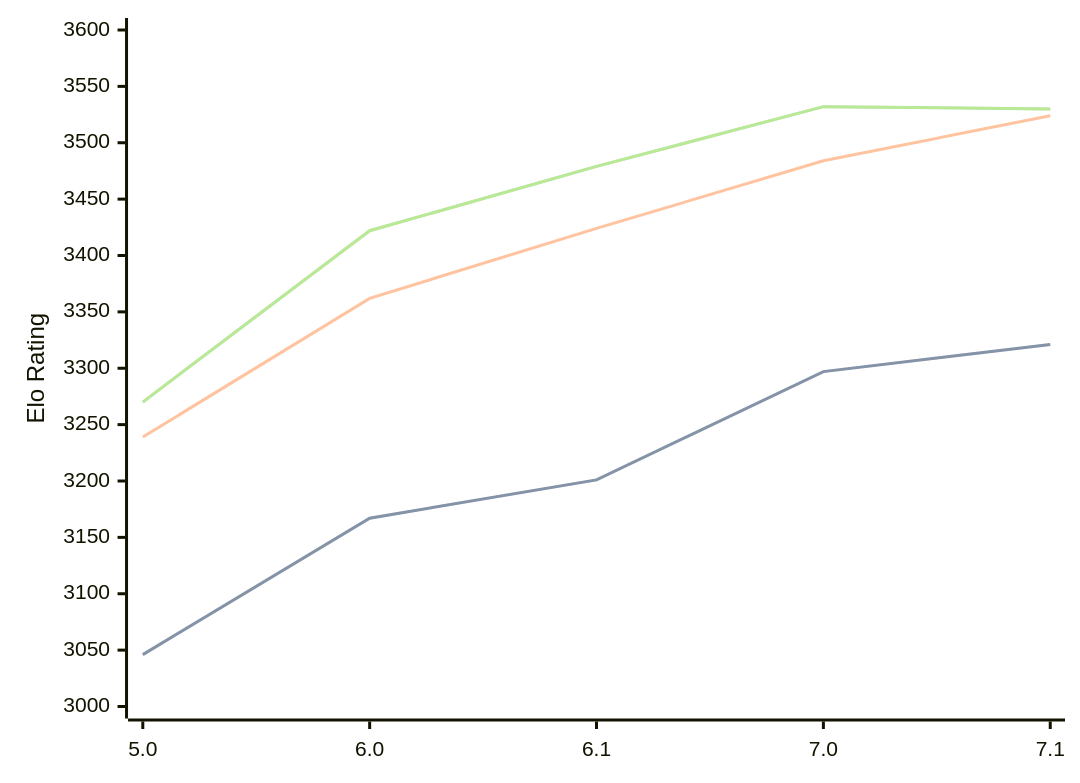
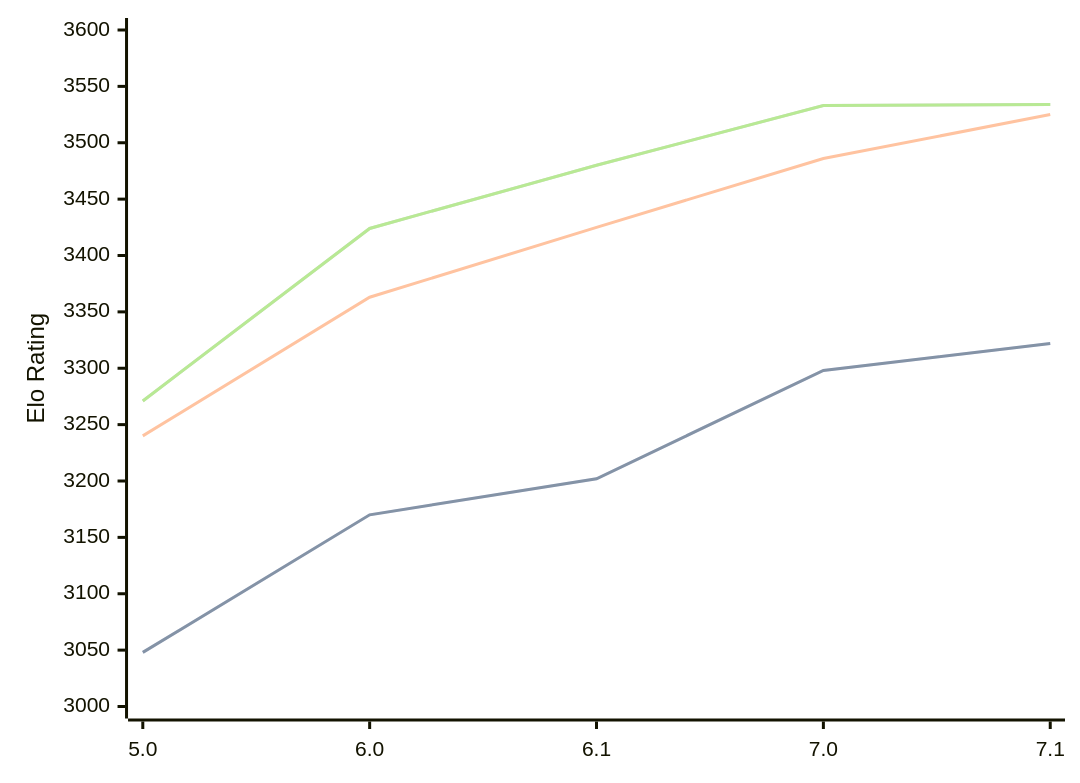
One commit to computer-chess-index/cci changed the diagram in engines/PZChessBot.md. Above: the diagram before and after it, drawn with Mermaid. The commit also changed other lines of this file, not shown here.

Commit message:
Update CCI Ratings (ELO VLTC) - 2026-09-01

````diff
--- a/engines/PZChessBot.md
+++ b/engines/PZChessBot.md
@@ -35,11 +35,11 @@
 ```mermaid
 %%{init: {"theme":"base","themeVariables":{"seriesColors:['#a3a3a3','#222221','#faa371']}}}%%
 xychart-beta
   x-axis ["5.0", "6.0", "6.1", "7.0", "7.1"]
   y-axis "Elo Rating" 3000 --> 3600
-  line "" [3046, 3167, 3201, 3297, 3321]
-  line "STC (8.0+0.08s)" [3046, 3167, 3201, 3297, 3321]
-  line "LTC (60.0+0.60s)" [3239, 3362, 3424, 3484, 3524]
-  line "" [3270, 3422, 3479, 3532, 3530]
-  line "VLTC (2m24s+1.12s)" [3270, 3422, 3479, 3532, 3530]
+  line "" [3048, 3170, 3202, 3298, 3322]
+  line "STC (8.0+0.08s)" [3048, 3170, 3202, 3298, 3322]
+  line "LTC (60.0+0.60s)" [3240, 3363, 3425, 3486, 3525]
+  line "" [3271, 3424, 3480, 3533, 3534]
+  line "VLTC (2m24s+1.12s)" [3271, 3424, 3480, 3533, 3534]
 ```
````
